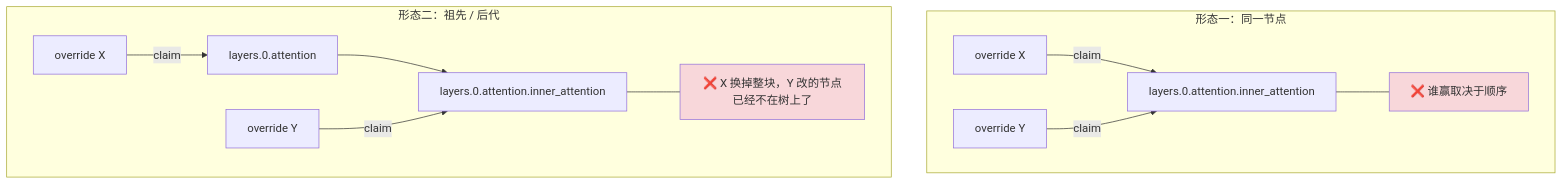
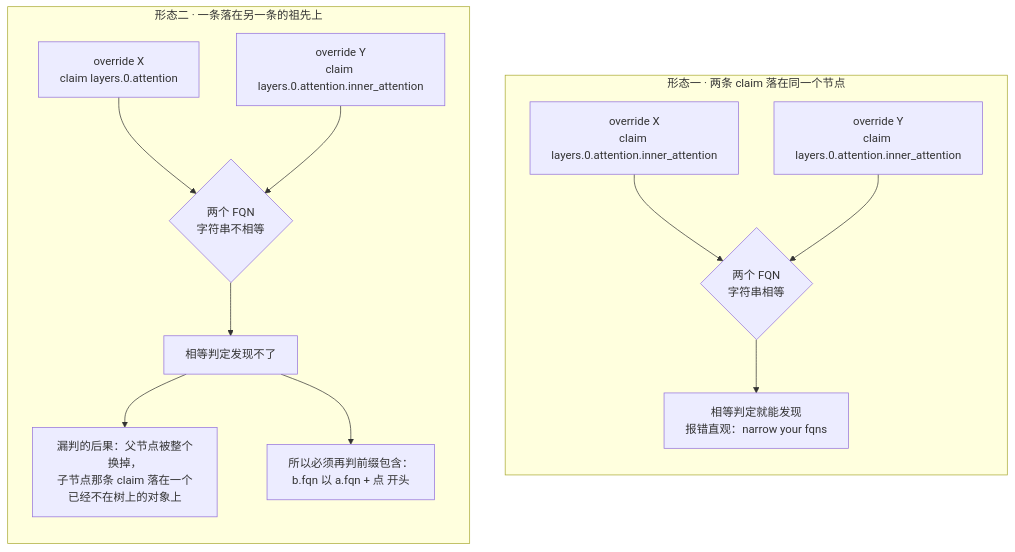
The tenth of 15 diagrams in docs/design/shim-and-override.md (JavaZeroo/ascend-torchtitan), drawn with Mermaid before and after one commit. The commit also changed other lines of this file and 1 other file, not shown here.

````diff
--- a/docs/design/shim-and-override.md
+++ b/docs/design/shim-and-override.md
@@ -355,18 +349,17 @@
 ```mermaid
 graph TD
-    subgraph A["形态一：同一节点"]
-        A1["layers.0.attention.inner_attention"]
-        A2["override X"] -->|claim| A1
-        A3["override Y"] -->|claim| A1
-        A1 --- A4["❌ 谁赢取决于顺序"]
+    subgraph A["形态一 · 两条 claim 落在同一个节点"]
+        direction TB
+        A1["override X<br/>claim layers.0.attention.inner_attention"] --> A3{"两个 FQN<br/>字符串相等"}
+        A2["override Y<br/>claim layers.0.attention.inner_attention"] --> A3
+        A3 --> A4["相等判定就能发现<br/>报错直观：narrow your fqns"]
     end
-    subgraph B["形态二：祖先 / 后代"]
-        B1["layers.0.attention"] --> B2["layers.0.attention.inner_attention"]
-        B3["override X"] -->|claim| B1
-        B4["override Y"] -->|claim| B2
-        B2 --- B5["❌ X 换掉整块，Y 改的节点已经不在树上了"]
+    subgraph B["形态二 · 一条落在另一条的祖先上"]
+        direction TB
+        B1["override X<br/>claim layers.0.attention"] --> B3{"两个 FQN<br/>字符串不相等"}
+        B2["override Y<br/>claim layers.0.attention.inner_attention"] --> B3
+        B3 --> B4["相等判定发现不了"]
+        B4 --> B5["漏判的后果：父节点被整个换掉，<br/>子节点那条 claim 落在一个<br/>已经不在树上的对象上"]
+        B4 --> B6["所以必须再判前缀包含：<br/>b.fqn 以 a.fqn + 点 开头"]
     end
-
-    style A4 fill:#f8d7da
-    style B5 fill:#f8d7da
 ```
````
